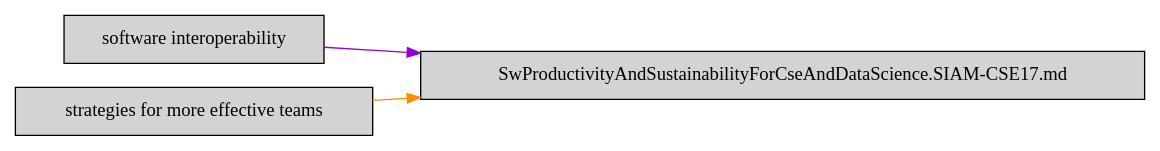
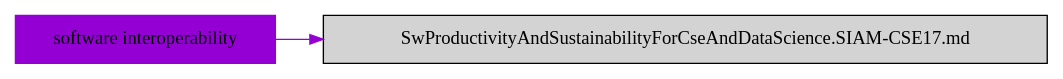
Before and after one commit to duongdo27/Dealii: the diagram in markdown/topic_software_interoperability.dot, drawn with Graphviz. The commit also changed 6 other files, not shown here.

```diff
--- a/markdown/topic_software_interoperability.dot
+++ b/markdown/topic_software_interoperability.dot
@@ -1,8 +1,8 @@
 digraph bettersoftware {
             rankdir = LR;
             ratio = fill;
             node [style=filled];
             node [shape = box];
+"software interoperability" [colorscheme="svg" color="darkviolet"];
 "software interoperability" ->  "SwProductivityAndSustainabilityForCseAndDataScience.SIAM-CSE17.md" [colorscheme="svg" color="darkviolet"];
-"strategies for more effective teams" ->  "SwProductivityAndSustainabilityForCseAndDataScience.SIAM-CSE17.md" [colorscheme="svg" color="darkorange"];
 }
```
